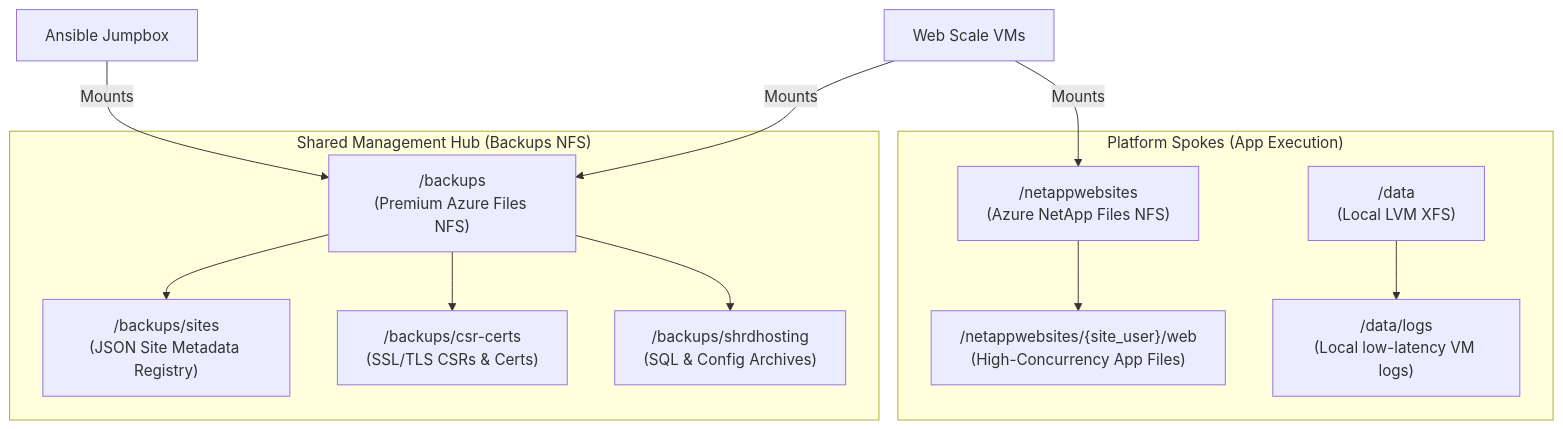
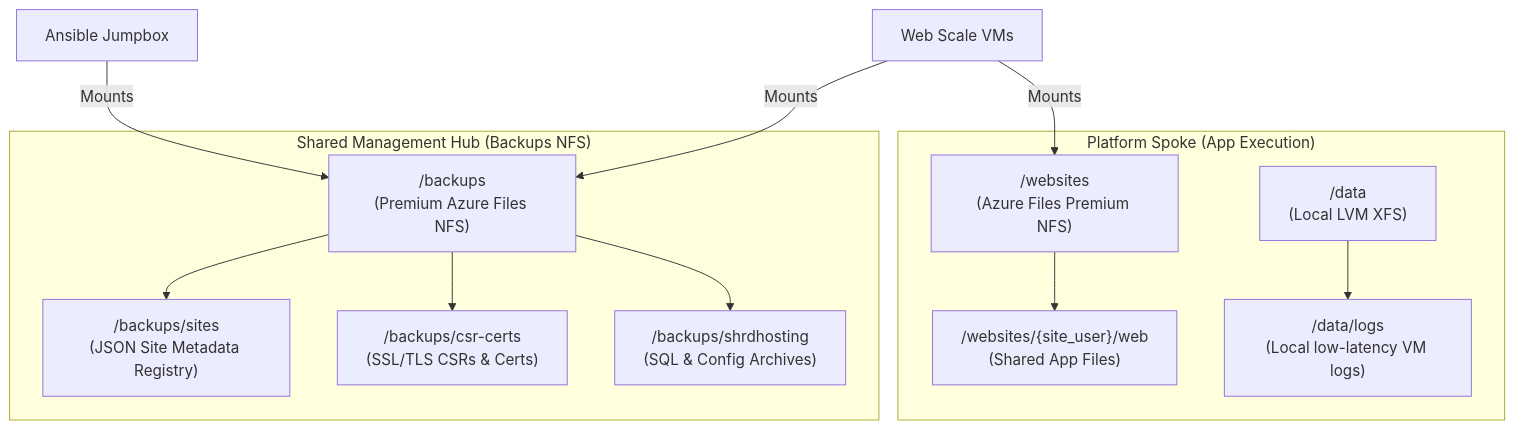
The diagram in HOW_TO_GUIDE.md (chinmaymjog/azure-vm-hosting-solution), drawn with Mermaid before and after one commit. The commit also changed other lines of this file and 26 other files, not shown here.

First line of the commit message:
feat: beginner-friendly main - Azure Files NFS, single environment

````diff
--- a/HOW_TO_GUIDE.md
+++ b/HOW_TO_GUIDE.md
@@ -193,21 +181,21 @@
 ```mermaid
 graph TD
     subgraph Hub ["Shared Management Hub (Backups NFS)"]
         NFS_Backups["/backups<br>(Premium Azure Files NFS)"]
         NFS_Backups --> Sites["/backups/sites<br>(JSON Site Metadata Registry)"]
         NFS_Backups --> Certs["/backups/csr-certs<br>(SSL/TLS CSRs & Certs)"]
         NFS_Backups --> Backups["/backups/shrdhosting<br>(SQL & Config Archives)"]
     end
 
-    subgraph Spokes ["Platform Spokes (App Execution)"]
-        NFS_Websites["/netappwebsites<br>(Azure NetApp Files NFS)"]
+    subgraph Spokes ["Platform Spoke (App Execution)"]
+        NFS_Websites["/websites<br>(Azure Files Premium NFS)"]
         Local_LVM["/data<br>(Local LVM XFS)"]
         
-        NFS_Websites --> AppCode["/netappwebsites/{site_user}/web<br>(High-Concurrency App Files)"]
+        NFS_Websites --> AppCode["/websites/{site_user}/web<br>(Shared App Files)"]
         Local_LVM --> Logs["/data/logs<br>(Local low-latency VM logs)"]
     end
     
     Jumpbox["Ansible Jumpbox"] -->|Mounts| NFS_Backups
     WebVMs["Web Scale VMs"] -->|Mounts| NFS_Backups
     WebVMs -->|Mounts| NFS_Websites
 ```
````
